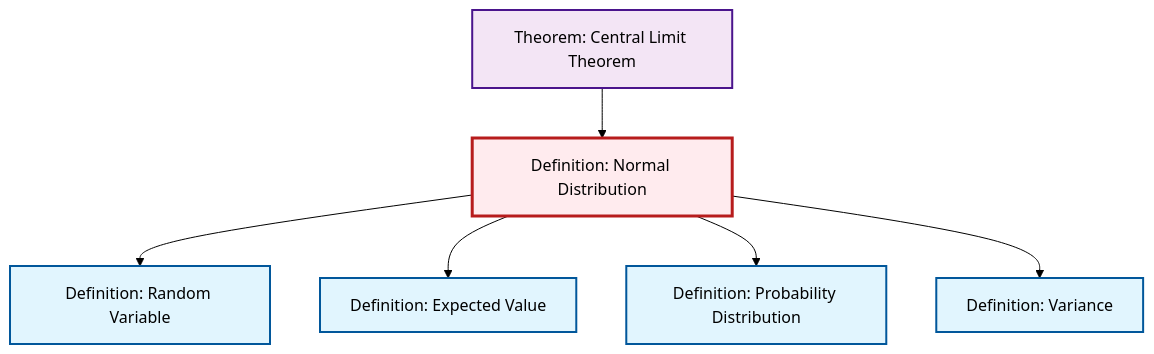
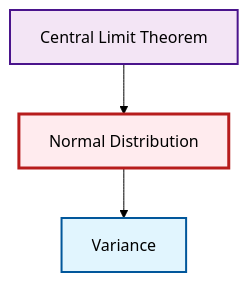
One commit to RK0429/ModernMath changed the diagram in content/en/probability-statistics/def-normal-distribution.qmd. Above: the diagram before and after it, drawn with Mermaid (forest theme). The commit also changed 328 other files, not shown here.

````diff
--- a/content/en/probability-statistics/def-normal-distribution.qmd
+++ b/content/en/probability-statistics/def-normal-distribution.qmd
@@ -129,26 +129,17 @@
 ```{mermaid}
 %%| fig-cap: "Local dependency graph"
 graph TD
     classDef definition fill:#e1f5fe,stroke:#01579b,stroke-width:2px
     classDef theorem fill:#f3e5f5,stroke:#4a148c,stroke-width:2px
     classDef axiom fill:#fff3e0,stroke:#e65100,stroke-width:2px
     classDef example fill:#e8f5e9,stroke:#1b5e20,stroke-width:2px
     classDef current fill:#ffebee,stroke:#b71c1c,stroke-width:3px
-    def-normal-distribution["Definition: Normal Distribution"]:::definition
-    def-expectation["Definition: Expected Value"]:::definition
-    def-probability-distribution["Definition: Probability Distribution"]:::definition
-    thm-central-limit["Theorem: Central Limit Theorem"]:::theorem
-    def-variance["Definition: Variance"]:::definition
-    def-random-variable["Definition: Random Variable"]:::definition
-    def-normal-distribution --> def-random-variable
-    def-normal-distribution --> def-expectation
+    def-normal-distribution["Normal Distribution"]:::definition
+    def-variance["Variance"]:::definition
+    thm-central-limit["Central Limit Theorem"]:::theorem
+    def-normal-distribution --> def-variance
     thm-central-limit --> def-normal-distribution
-    def-normal-distribution --> def-probability-distribution
-    def-normal-distribution --> def-variance
     class def-normal-distribution current
-    click def-expectation "def-expectation.html" "Go to Expected Value definition"
-    click def-probability-distribution "def-probability-distribution.html" "Go to Probability Distribution definition"
-    click thm-central-limit "thm-central-limit.html" "Go to Central Limit Theorem theorem"
-    click def-variance "def-variance.html" "Go to Variance definition"
-    click def-random-variable "def-random-variable.html" "Go to Random Variable definition"
+    click def-variance "def-variance.html" "Go to Variance"
+    click thm-central-limit "thm-central-limit.html" "Go to Central Limit Theorem"
 ```
````
